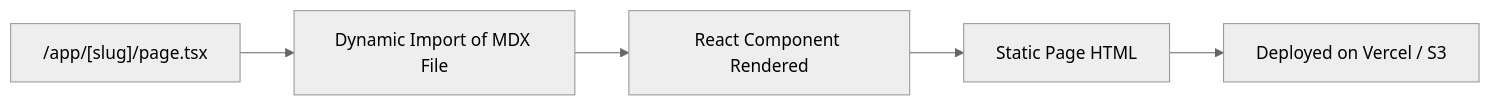
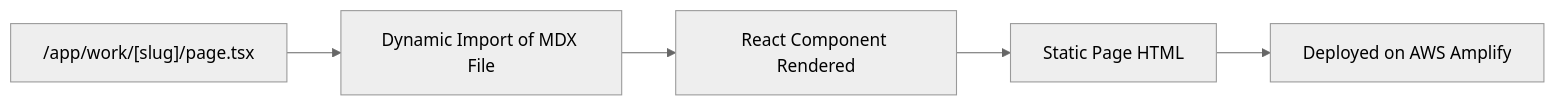
Before and after one commit to PeterSVenton/portfolio: the first of 4 diagrams in src/app/md-pages/projects/personal-portfolio.mdx, drawn with Mermaid (neutral theme). The commit also changed other lines of this file, not shown here.

````diff
--- a/src/app/md-pages/projects/personal-portfolio.mdx
+++ b/src/app/md-pages/projects/personal-portfolio.mdx
@@ -133,7 +180,7 @@
 ```mermaid
 graph LR
-  A["/app/[slug]/page.tsx"] --> B["Dynamic Import of MDX File"]
+  A["/app/work/[slug]/page.tsx"] --> B["Dynamic Import of MDX File"]
   B --> C["React Component Rendered"]
   C --> D["Static Page HTML"]
-  D --> E["Deployed on Vercel / S3"]
+  D --> E["Deployed on AWS Amplify"]
 ```
````
